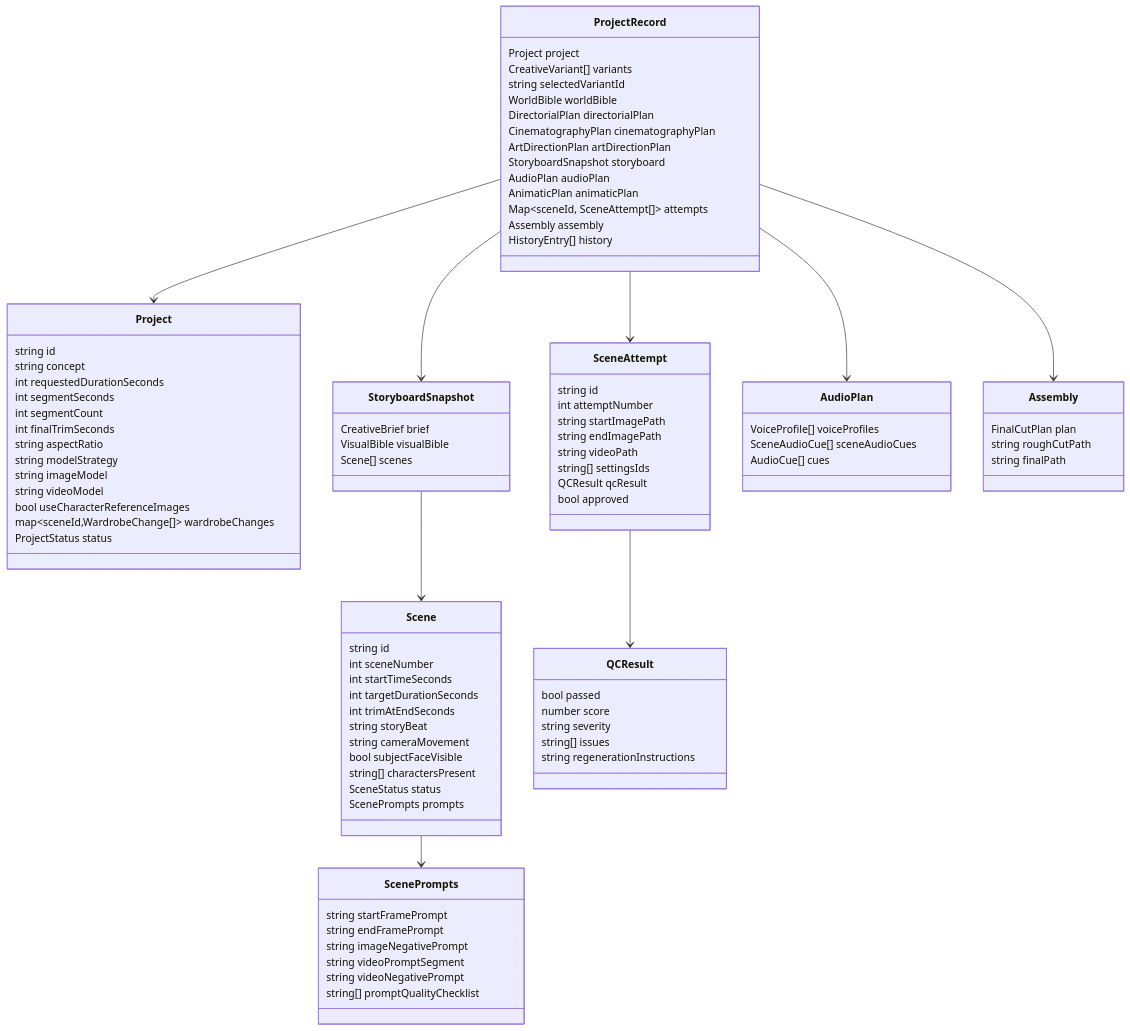
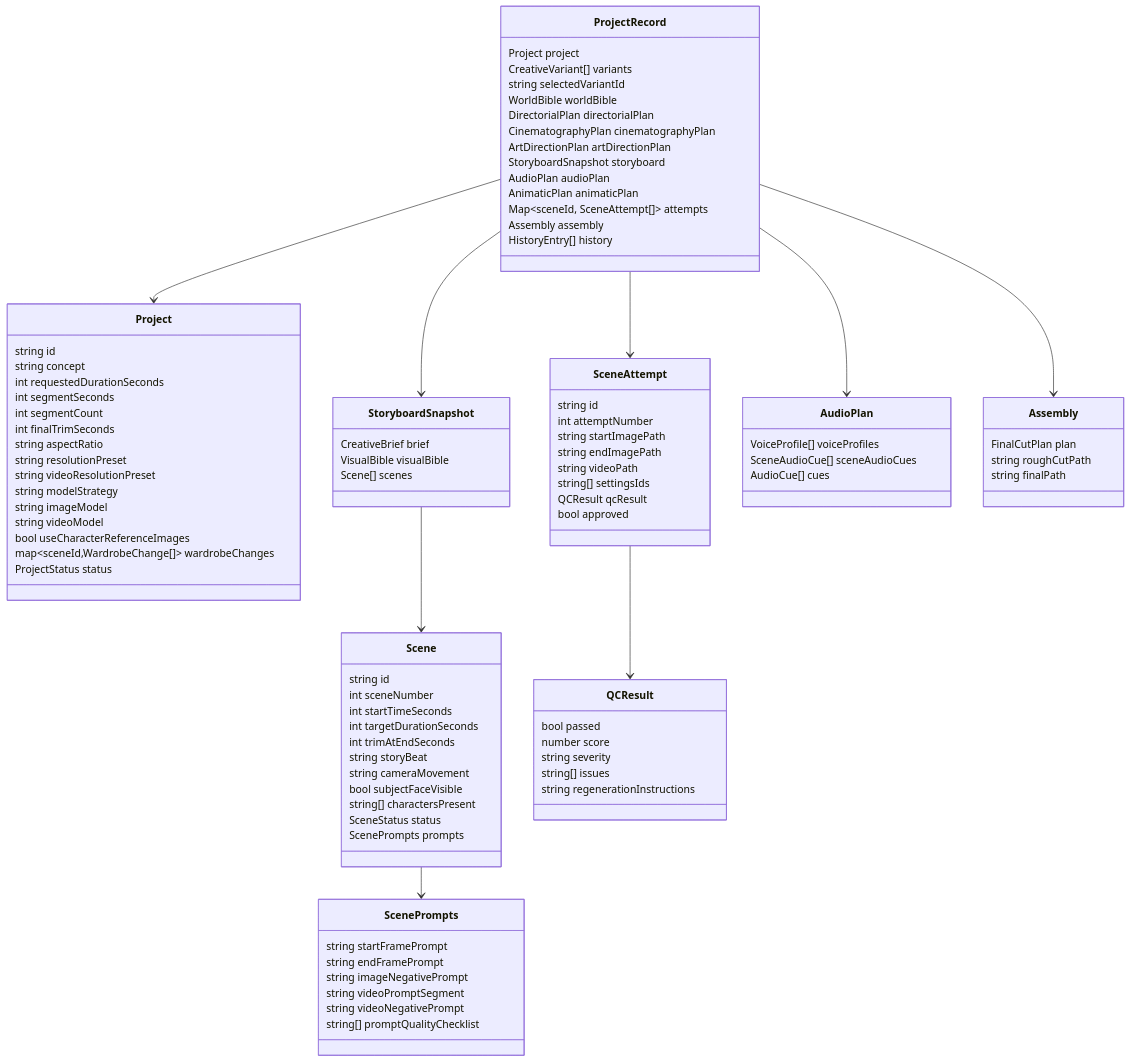
One commit to jamesbas/storyforgeai changed diagram 12 of 18 in docs/architecture.md. Above: the diagram before and after it, drawn with Mermaid. The commit also changed other lines of this file and 19 other files, not shown here.

```diff
--- a/docs/architecture.md
+++ b/docs/architecture.md
@@ -1051,6 +1087,8 @@
         int segmentCount
         int finalTrimSeconds
         string aspectRatio
+        string resolutionPreset
+        string videoResolutionPreset
         string modelStrategy
         string imageModel
         string videoModel
```
